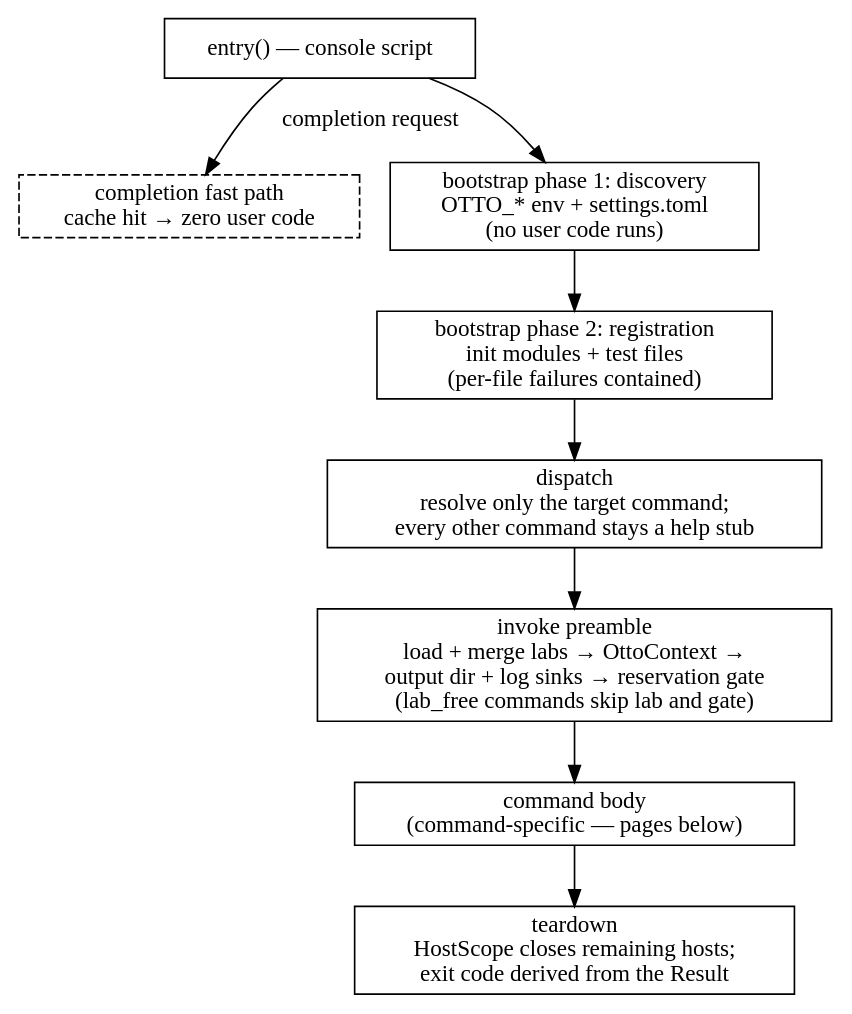
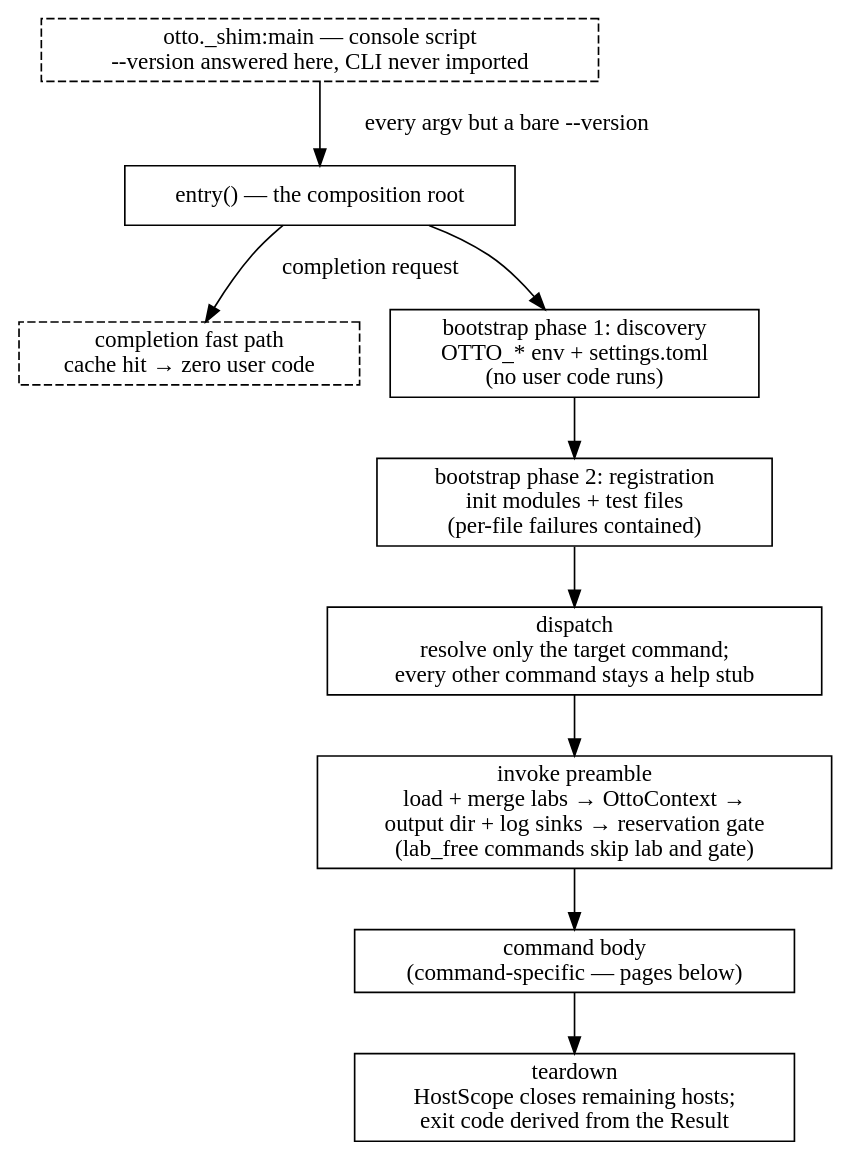
One commit to ludachrish3/otto-sh changed the diagram in docs/architecture/lifecycle.md. Above: the diagram before and after it, drawn with Graphviz. The commit also changed other lines of this file and 133 other files, not shown here.

````diff
--- a/docs/architecture/lifecycle.md
+++ b/docs/architecture/lifecycle.md
@@ -9,23 +18,25 @@
 ```{graphviz}
 digraph lifecycle {
     rankdir=TB;
     node [shape=box];
 
-    entry [label="entry() — console script"];
+    shim [label="otto._shim:main — console script\n--version answered here, CLI never imported", style=dashed];
+    entry [label="entry() — the composition root"];
     completion [label="completion fast path\ncache hit → zero user code", style=dashed];
     discovery [label="bootstrap phase 1: discovery\nOTTO_* env + settings.toml\n(no user code runs)"];
     registration [label="bootstrap phase 2: registration\ninit modules + test files\n(per-file failures contained)"];
     dispatch [label="dispatch\nresolve only the target command;\nevery other command stays a help stub"];
     preamble [label="invoke preamble\nload + merge labs → OttoContext →\noutput dir + log sinks → reservation gate\n(lab_free commands skip lab and gate)"];
     body [label="command body\n(command-specific — pages below)"];
     teardown [label="teardown\nHostScope closes remaining hosts;\nexit code derived from the Result"];
 
+    shim -> entry [label=" every argv but a bare --version"];
     entry -> completion [label=" completion request"];
     entry -> discovery;
     discovery -> registration;
     registration -> dispatch;
     dispatch -> preamble;
     preamble -> body;
     body -> teardown;
 }
 ```
````
